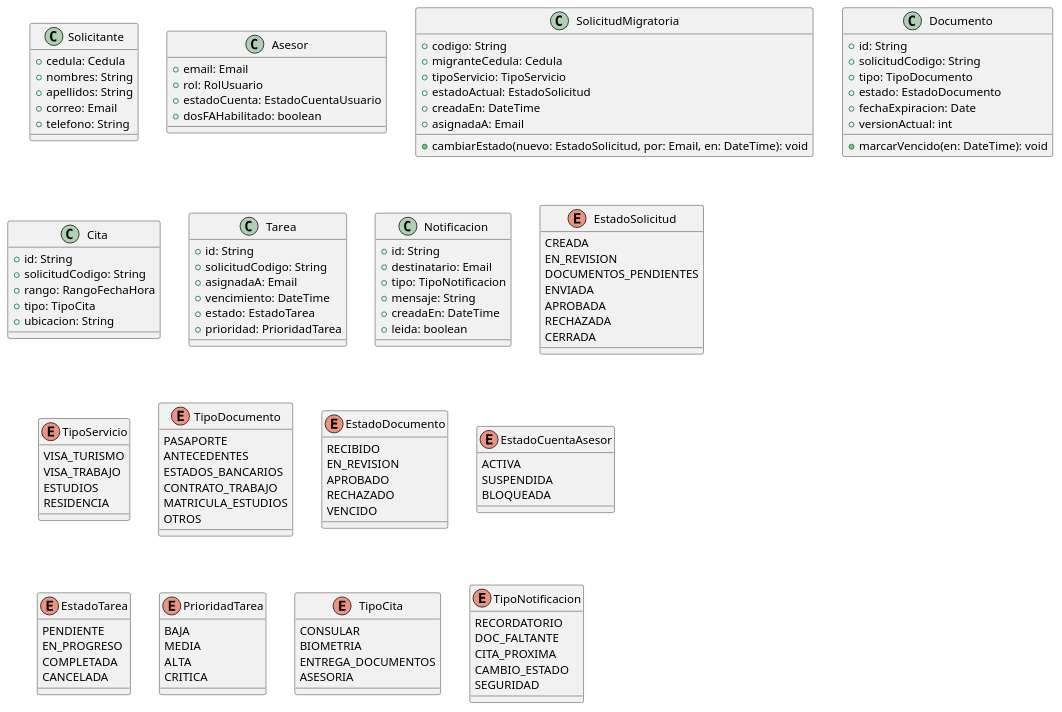
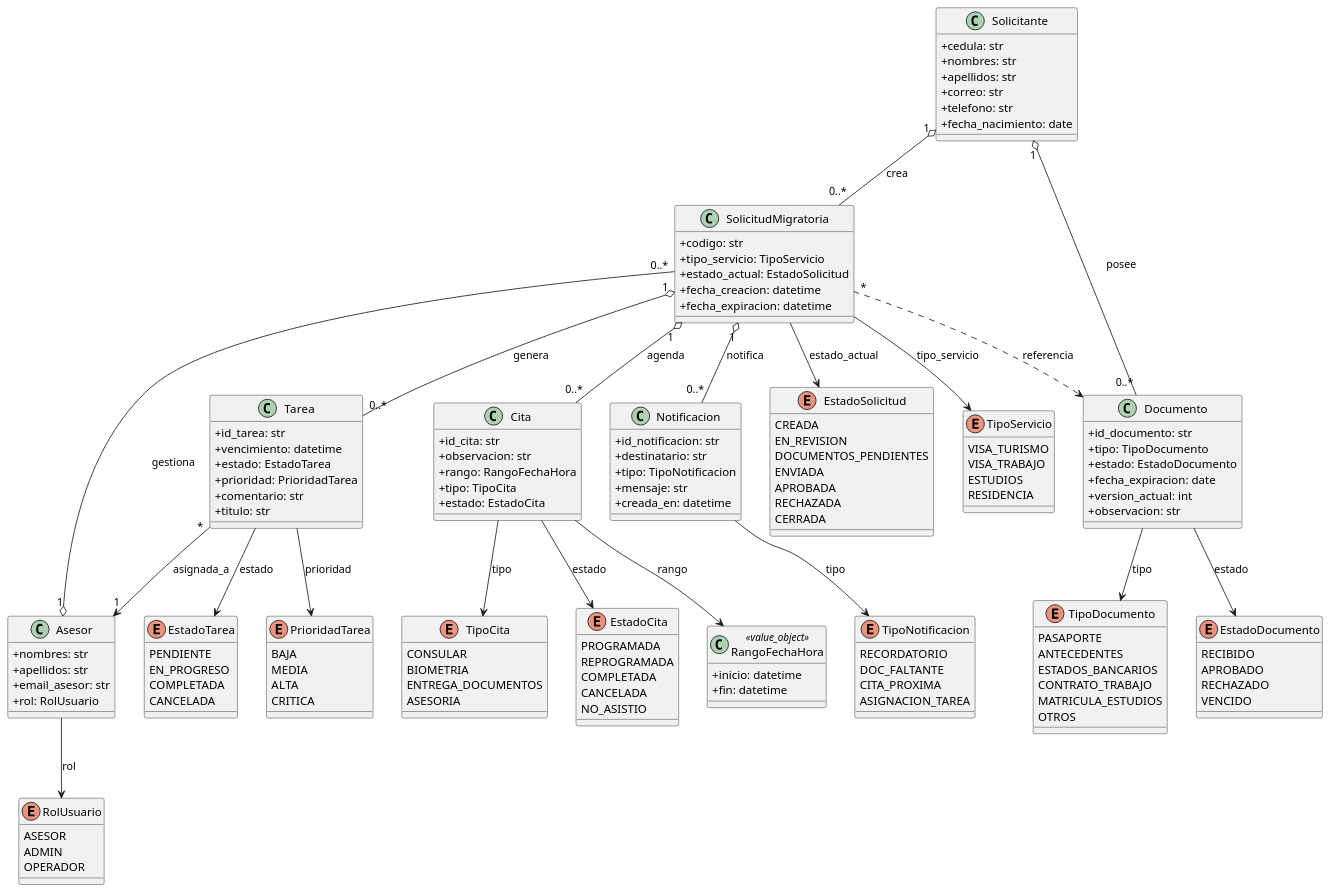
The diagram in docs/DiagramaDeClases.puml (Zooval/SGPM), drawn with PlantUML before and after one commit. The commit also changed 3 other files, not shown here.

Commit message:
docs: actualizar diagrama de clases

```diff
--- a/docs/DiagramaDeClases.puml
+++ b/docs/DiagramaDeClases.puml
@@ -1,137 +1,180 @@
 @startuml
 ' https://plantuml.com/class-diagram
 
-  class Solicitante {
-    +cedula: Cedula
-    +nombres: String
-    +apellidos: String
-    +correo: Email
-    +telefono: String
-  }
+skinparam classAttributeIconSize 0
 
-  class Asesor {
-    +email: Email
-    +rol: RolUsuario
-    +estadoCuenta: EstadoCuentaUsuario
-    +dosFAHabilitado: boolean
-  }
+' ===== Value Objects / Tipos =====
+class RangoFechaHora <<value_object>> {
+  +inicio: datetime
+  +fin: datetime
+}
 
-  class SolicitudMigratoria {
-    +codigo: String
-    +migranteCedula: Cedula
-    +tipoServicio: TipoServicio
-    +estadoActual: EstadoSolicitud
-    +creadaEn: DateTime
-    +asignadaA: Email
-    +cambiarEstado(nuevo: EstadoSolicitud, por: Email, en: DateTime): void
-  }
+' ===== Clases =====
+class Solicitante {
+  +cedula: str
+  +nombres: str
+  +apellidos: str
+  +correo: str
+  +telefono: str
+  +fecha_nacimiento: date
+}
 
-  class Documento {
-    +id: String
-    +solicitudCodigo: String
-    +tipo: TipoDocumento
-    +estado: EstadoDocumento
-    +fechaExpiracion: Date
-    +versionActual: int
-    +marcarVencido(en: DateTime): void
-  }
+class Asesor {
+  +nombres: str
+  +apellidos: str
+  +email_asesor: str
+  +rol: RolUsuario
+}
 
-  class Cita {
-    +id: String
-    +solicitudCodigo: String
-    +rango: RangoFechaHora
-    +tipo: TipoCita
-    +ubicacion: String
-  }
+class SolicitudMigratoria {
+  +codigo: str
+  +tipo_servicio: TipoServicio
+  +estado_actual: EstadoSolicitud
+  +fecha_creacion: datetime
+  +fecha_expiracion: datetime
+}
 
-  class Tarea {
-    +id: String
-    +solicitudCodigo: String
-    +asignadaA: Email
-    +vencimiento: DateTime
-    +estado: EstadoTarea
-    +prioridad: PrioridadTarea
-  }
+class Documento {
+  +id_documento: str
+  +tipo: TipoDocumento
+  +estado: EstadoDocumento
+  +fecha_expiracion: date
+  +version_actual: int
+  +observacion: str
+}
 
-  class Notificacion {
-    +id: String
-    +destinatario: Email
-    +tipo: TipoNotificacion
-    +mensaje: String
-    +creadaEn: DateTime
-    +leida: boolean
-  }
+class Cita {
+  +id_cita: str
+  +observacion: str
+  +rango: RangoFechaHora
+  +tipo: TipoCita
+  +estado: EstadoCita
+}
 
+class Tarea {
+  +id_tarea: str
+  +vencimiento: datetime
+  +estado: EstadoTarea
+  +prioridad: PrioridadTarea
+  +comentario: str
+  +titulo: str
+}
 
-  ' ===== Enums =====
-  enum EstadoSolicitud {
-    CREADA
-    EN_REVISION
-    DOCUMENTOS_PENDIENTES
-    ENVIADA
-    APROBADA
-    RECHAZADA
-    CERRADA
-  }
+class Notificacion {
+  +id_notificacion: str
+  +destinatario: str
+  +tipo: TipoNotificacion
+  +mensaje: str
+  +creada_en: datetime
+}
 
-  enum TipoServicio {
-    VISA_TURISMO
-    VISA_TRABAJO
-    ESTUDIOS
-    RESIDENCIA
-  }
+' ===== Relaciones (negocio) =====
+Solicitante "1" o-- "0..*" Documento : posee
+Solicitante "1" o-- "0..*" SolicitudMigratoria : crea
 
-  enum TipoDocumento {
-    PASAPORTE
-    ANTECEDENTES
-    ESTADOS_BANCARIOS
-    CONTRATO_TRABAJO
-    MATRICULA_ESTUDIOS
-    OTROS
-  }
+Asesor "1" o-- "0..*" SolicitudMigratoria : gestiona
 
-  enum EstadoDocumento {
-    RECIBIDO
-    EN_REVISION
-    APROBADO
-    RECHAZADO
-    VENCIDO
-  }
+SolicitudMigratoria "1" o-- "0..*" Cita : agenda
+SolicitudMigratoria "1" o-- "0..*" Tarea : genera
+SolicitudMigratoria "1" o-- "0..*" Notificacion : notifica
 
-  enum EstadoCuentaAsesor {
-    ACTIVA
-    SUSPENDIDA
-    BLOQUEADA
-  }
+Tarea "*" --> "1" Asesor : asignada_a
 
-  enum EstadoTarea {
-    PENDIENTE
-    EN_PROGRESO
-    COMPLETADA
-    CANCELADA
-  }
+' (Opcional) La solicitud referencia docs del solicitante (no los posee)
+SolicitudMigratoria "*" ..> Documento : referencia
 
-  enum PrioridadTarea {
-    BAJA
-    MEDIA
-    ALTA
-    CRITICA
-  }
+' ===== Enums =====
+enum RolUsuario {
+  ASESOR
+  ADMIN
+  OPERADOR
+}
 
-  enum TipoCita {
-    CONSULAR
-    BIOMETRIA
-    ENTREGA_DOCUMENTOS
-    ASESORIA
-  }
+enum EstadoSolicitud {
+  CREADA
+  EN_REVISION
+  DOCUMENTOS_PENDIENTES
+  ENVIADA
+  APROBADA
+  RECHAZADA
+  CERRADA
+}
 
-  enum TipoNotificacion {
-    RECORDATORIO
-    DOC_FALTANTE
-    CITA_PROXIMA
-    CAMBIO_ESTADO
-    SEGURIDAD
-  }
+enum TipoServicio {
+  VISA_TURISMO
+  VISA_TRABAJO
+  ESTUDIOS
+  RESIDENCIA
+}
 
+enum TipoDocumento {
+  PASAPORTE
+  ANTECEDENTES
+  ESTADOS_BANCARIOS
+  CONTRATO_TRABAJO
+  MATRICULA_ESTUDIOS
+  OTROS
+}
+
+enum EstadoDocumento {
+  RECIBIDO
+  APROBADO
+  RECHAZADO
+  VENCIDO
+}
+
+enum EstadoTarea {
+  PENDIENTE
+  EN_PROGRESO
+  COMPLETADA
+  CANCELADA
+}
+
+enum PrioridadTarea {
+  BAJA
+  MEDIA
+  ALTA
+  CRITICA
+}
+
+enum TipoCita {
+  CONSULAR
+  BIOMETRIA
+  ENTREGA_DOCUMENTOS
+  ASESORIA
+}
+
+enum EstadoCita {
+  PROGRAMADA
+  REPROGRAMADA
+  COMPLETADA
+  CANCELADA
+  NO_ASISTIO
+}
+
+enum TipoNotificacion {
+  RECORDATORIO
+  DOC_FALTANTE
+  CITA_PROXIMA
+  ASIGNACION_TAREA
+}
+
+' ===== Unir enums con las clases que los "tienen" =====
+Asesor --> RolUsuario : rol
+
+SolicitudMigratoria --> TipoServicio : tipo_servicio
+SolicitudMigratoria --> EstadoSolicitud : estado_actual
+
+Documento --> TipoDocumento : tipo
+Documento --> EstadoDocumento : estado
+
+Cita --> TipoCita : tipo
+Cita --> EstadoCita : estado
+Cita --> RangoFechaHora : rango
+
+Tarea --> EstadoTarea : estado
+Tarea --> PrioridadTarea : prioridad
+
+Notificacion --> TipoNotificacion : tipo
 
 @enduml
```
